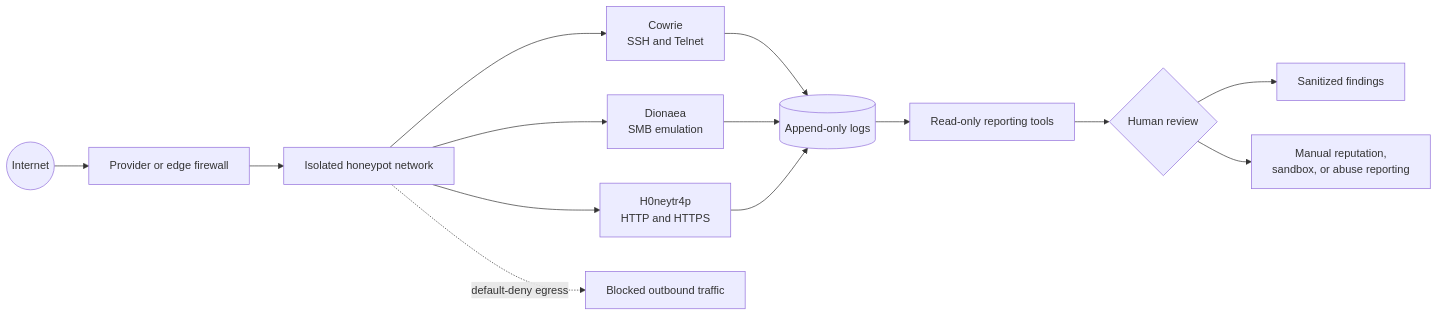
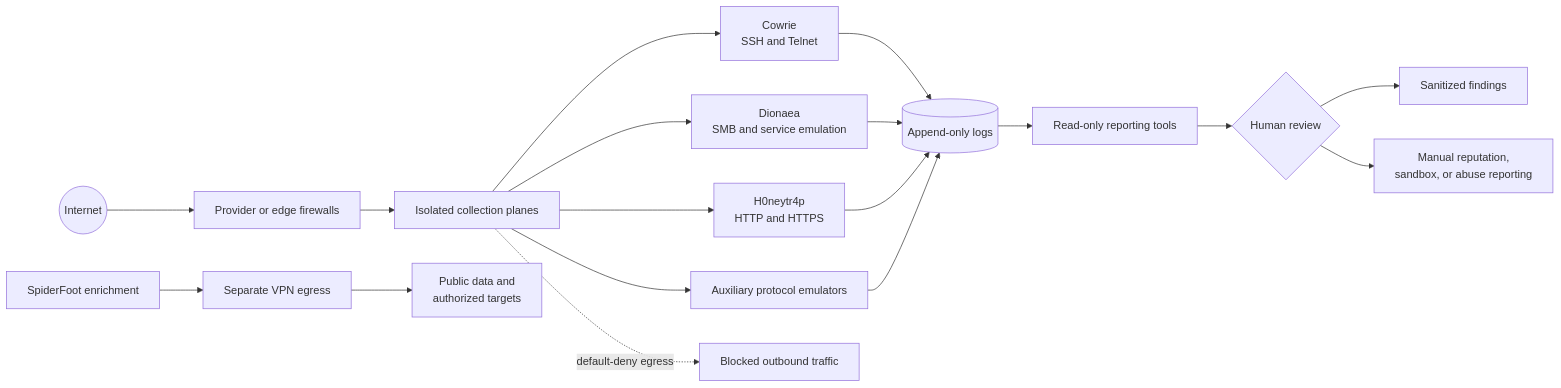
The diagram in README.md (PhilGoode/honeypot-field-notes), drawn with Mermaid before and after one commit. The commit also changed other lines of this file and 7 other files, not shown here.

````diff
--- a/README.md
+++ b/README.md
@@ -54,18 +66,23 @@
 ```mermaid
 flowchart LR
-    Internet((Internet)) --> Edge[Provider or edge firewall]
-    Edge --> Net[Isolated honeypot network]
+    Internet((Internet)) --> Edge[Provider or edge firewalls]
+    Edge --> Net[Isolated collection planes]
     Net --> Cowrie[Cowrie<br/>SSH and Telnet]
-    Net --> Dionaea[Dionaea<br/>SMB emulation]
+    Net --> Dionaea[Dionaea<br/>SMB and service emulation]
     Net --> Web[H0neytr4p<br/>HTTP and HTTPS]
+    Net --> Aux[Auxiliary protocol emulators]
 
     Cowrie --> Logs[(Append-only logs)]
     Dionaea --> Logs
     Web --> Logs
+    Aux --> Logs
     Logs --> Reports[Read-only reporting tools]
     Reports --> Review{Human review}
     Review --> Findings[Sanitized findings]
     Review --> External[Manual reputation,<br/>sandbox, or abuse reporting]
 
+    SpiderFoot[SpiderFoot enrichment] --> ReconVPN[Separate VPN egress]
+    ReconVPN --> PublicData[Public data and<br/>authorized targets]
+
     Net -. default-deny egress .-> Blocked[Blocked outbound traffic]
 ```
````
